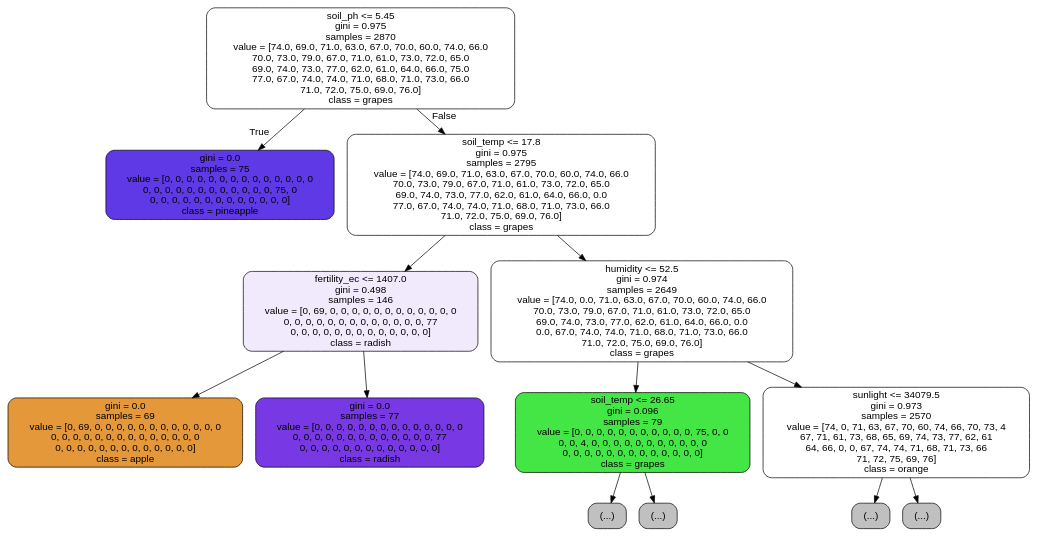
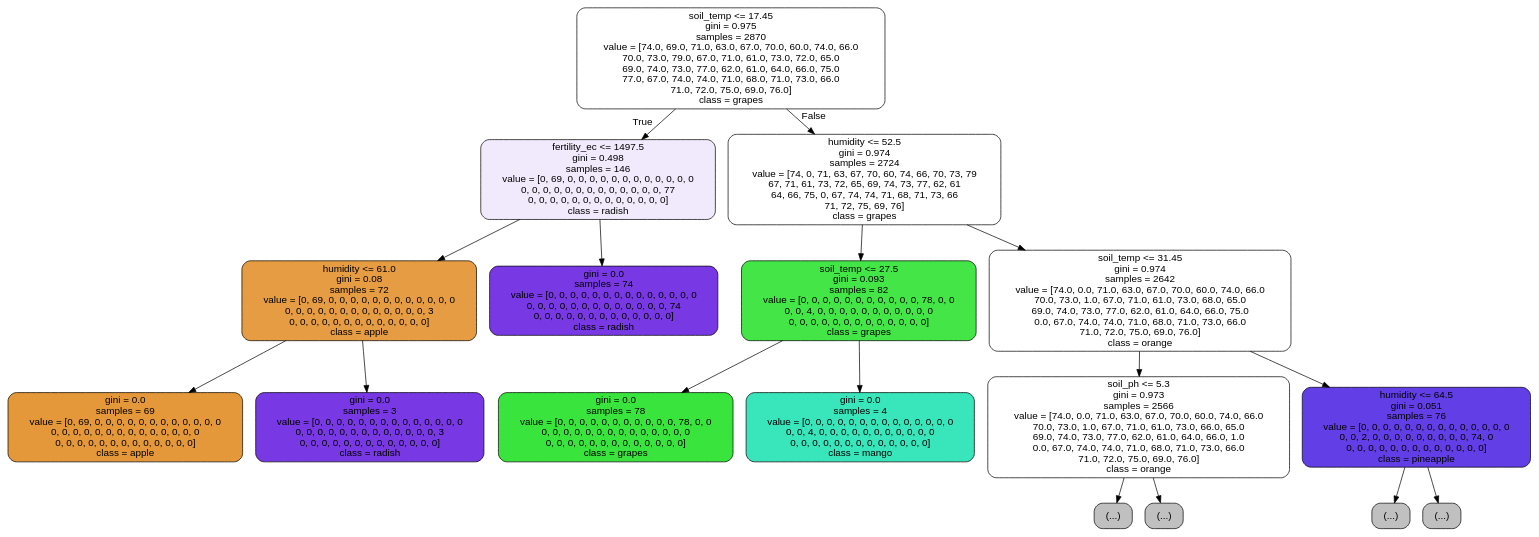
One commit to CyrusUmali/AiCROP changed the diagram in precomputation/decision_tree.dot. Above: the diagram before and after it, drawn with Graphviz. The commit also changed 4 other files, not shown here.

```diff
--- a/precomputation/decision_tree.dot
+++ b/precomputation/decision_tree.dot
@@ -1,29 +1,37 @@
 digraph Tree {
 node [shape=box, style="filled, rounded", color="black", fontname="helvetica"] ;
 edge [fontname="helvetica"] ;
-0 [label="soil_ph <= 5.45\ngini = 0.975\nsamples = 2870\nvalue = [74.0, 69.0, 71.0, 63.0, 67.0, 70.0, 60.0, 74.0, 66.0\n70.0, 73.0, 79.0, 67.0, 71.0, 61.0, 73.0, 72.0, 65.0\n69.0, 74.0, 73.0, 77.0, 62.0, 61.0, 64.0, 66.0, 75.0\n77.0, 67.0, 74.0, 74.0, 71.0, 68.0, 71.0, 73.0, 66.0\n71.0, 72.0, 75.0, 69.0, 76.0]\nclass = grapes", fillcolor="#ffffff"] ;
-1 [label="gini = 0.0\nsamples = 75\nvalue = [0, 0, 0, 0, 0, 0, 0, 0, 0, 0, 0, 0, 0, 0\n0, 0, 0, 0, 0, 0, 0, 0, 0, 0, 0, 0, 75, 0\n0, 0, 0, 0, 0, 0, 0, 0, 0, 0, 0, 0, 0]\nclass = pineapple", fillcolor="#5e39e5"] ;
+0 [label="soil_temp <= 17.45\ngini = 0.975\nsamples = 2870\nvalue = [74.0, 69.0, 71.0, 63.0, 67.0, 70.0, 60.0, 74.0, 66.0\n70.0, 73.0, 79.0, 67.0, 71.0, 61.0, 73.0, 72.0, 65.0\n69.0, 74.0, 73.0, 77.0, 62.0, 61.0, 64.0, 66.0, 75.0\n77.0, 67.0, 74.0, 74.0, 71.0, 68.0, 71.0, 73.0, 66.0\n71.0, 72.0, 75.0, 69.0, 76.0]\nclass = grapes", fillcolor="#ffffff"] ;
+1 [label="fertility_ec <= 1497.5\ngini = 0.498\nsamples = 146\nvalue = [0, 69, 0, 0, 0, 0, 0, 0, 0, 0, 0, 0, 0, 0\n0, 0, 0, 0, 0, 0, 0, 0, 0, 0, 0, 0, 0, 77\n0, 0, 0, 0, 0, 0, 0, 0, 0, 0, 0, 0, 0]\nclass = radish", fillcolor="#f1eafc"] ;
 0 -> 1 [labeldistance=2.5, labelangle=45, headlabel="True"] ;
-2 [label="soil_temp <= 17.8\ngini = 0.975\nsamples = 2795\nvalue = [74.0, 69.0, 71.0, 63.0, 67.0, 70.0, 60.0, 74.0, 66.0\n70.0, 73.0, 79.0, 67.0, 71.0, 61.0, 73.0, 72.0, 65.0\n69.0, 74.0, 73.0, 77.0, 62.0, 61.0, 64.0, 66.0, 0.0\n77.0, 67.0, 74.0, 74.0, 71.0, 68.0, 71.0, 73.0, 66.0\n71.0, 72.0, 75.0, 69.0, 76.0]\nclass = grapes", fillcolor="#ffffff"] ;
-0 -> 2 [labeldistance=2.5, labelangle=-45, headlabel="False"] ;
-3 [label="fertility_ec <= 1407.0\ngini = 0.498\nsamples = 146\nvalue = [0, 69, 0, 0, 0, 0, 0, 0, 0, 0, 0, 0, 0, 0\n0, 0, 0, 0, 0, 0, 0, 0, 0, 0, 0, 0, 0, 77\n0, 0, 0, 0, 0, 0, 0, 0, 0, 0, 0, 0, 0]\nclass = radish", fillcolor="#f1eafc"] ;
+2 [label="humidity <= 61.0\ngini = 0.08\nsamples = 72\nvalue = [0, 69, 0, 0, 0, 0, 0, 0, 0, 0, 0, 0, 0, 0\n0, 0, 0, 0, 0, 0, 0, 0, 0, 0, 0, 0, 0, 3\n0, 0, 0, 0, 0, 0, 0, 0, 0, 0, 0, 0, 0]\nclass = apple", fillcolor="#e69c42"] ;
+1 -> 2 ;
+3 [label="gini = 0.0\nsamples = 69\nvalue = [0, 69, 0, 0, 0, 0, 0, 0, 0, 0, 0, 0, 0, 0\n0, 0, 0, 0, 0, 0, 0, 0, 0, 0, 0, 0, 0, 0\n0, 0, 0, 0, 0, 0, 0, 0, 0, 0, 0, 0, 0]\nclass = apple", fillcolor="#e59839"] ;
 2 -> 3 ;
-4 [label="gini = 0.0\nsamples = 69\nvalue = [0, 69, 0, 0, 0, 0, 0, 0, 0, 0, 0, 0, 0, 0\n0, 0, 0, 0, 0, 0, 0, 0, 0, 0, 0, 0, 0, 0\n0, 0, 0, 0, 0, 0, 0, 0, 0, 0, 0, 0, 0]\nclass = apple", fillcolor="#e59839"] ;
-3 -> 4 ;
-5 [label="gini = 0.0\nsamples = 77\nvalue = [0, 0, 0, 0, 0, 0, 0, 0, 0, 0, 0, 0, 0, 0\n0, 0, 0, 0, 0, 0, 0, 0, 0, 0, 0, 0, 0, 77\n0, 0, 0, 0, 0, 0, 0, 0, 0, 0, 0, 0, 0]\nclass = radish", fillcolor="#7839e5"] ;
-3 -> 5 ;
-6 [label="humidity <= 52.5\ngini = 0.974\nsamples = 2649\nvalue = [74.0, 0.0, 71.0, 63.0, 67.0, 70.0, 60.0, 74.0, 66.0\n70.0, 73.0, 79.0, 67.0, 71.0, 61.0, 73.0, 72.0, 65.0\n69.0, 74.0, 73.0, 77.0, 62.0, 61.0, 64.0, 66.0, 0.0\n0.0, 67.0, 74.0, 74.0, 71.0, 68.0, 71.0, 73.0, 66.0\n71.0, 72.0, 75.0, 69.0, 76.0]\nclass = grapes", fillcolor="#ffffff"] ;
-2 -> 6 ;
-7 [label="soil_temp <= 26.65\ngini = 0.096\nsamples = 79\nvalue = [0, 0, 0, 0, 0, 0, 0, 0, 0, 0, 0, 75, 0, 0\n0, 0, 4, 0, 0, 0, 0, 0, 0, 0, 0, 0, 0, 0\n0, 0, 0, 0, 0, 0, 0, 0, 0, 0, 0, 0, 0]\nclass = grapes", fillcolor="#44e646"] ;
+4 [label="gini = 0.0\nsamples = 3\nvalue = [0, 0, 0, 0, 0, 0, 0, 0, 0, 0, 0, 0, 0, 0\n0, 0, 0, 0, 0, 0, 0, 0, 0, 0, 0, 0, 0, 3\n0, 0, 0, 0, 0, 0, 0, 0, 0, 0, 0, 0, 0]\nclass = radish", fillcolor="#7839e5"] ;
+2 -> 4 ;
+5 [label="gini = 0.0\nsamples = 74\nvalue = [0, 0, 0, 0, 0, 0, 0, 0, 0, 0, 0, 0, 0, 0\n0, 0, 0, 0, 0, 0, 0, 0, 0, 0, 0, 0, 0, 74\n0, 0, 0, 0, 0, 0, 0, 0, 0, 0, 0, 0, 0]\nclass = radish", fillcolor="#7839e5"] ;
+1 -> 5 ;
+6 [label="humidity <= 52.5\ngini = 0.974\nsamples = 2724\nvalue = [74, 0, 71, 63, 67, 70, 60, 74, 66, 70, 73, 79\n67, 71, 61, 73, 72, 65, 69, 74, 73, 77, 62, 61\n64, 66, 75, 0, 67, 74, 74, 71, 68, 71, 73, 66\n71, 72, 75, 69, 76]\nclass = grapes", fillcolor="#ffffff"] ;
+0 -> 6 [labeldistance=2.5, labelangle=-45, headlabel="False"] ;
+7 [label="soil_temp <= 27.5\ngini = 0.093\nsamples = 82\nvalue = [0, 0, 0, 0, 0, 0, 0, 0, 0, 0, 0, 78, 0, 0\n0, 0, 4, 0, 0, 0, 0, 0, 0, 0, 0, 0, 0, 0\n0, 0, 0, 0, 0, 0, 0, 0, 0, 0, 0, 0, 0]\nclass = grapes", fillcolor="#43e646"] ;
 6 -> 7 ;
-8 [label="(...)", fillcolor="#C0C0C0"] ;
+8 [label="gini = 0.0\nsamples = 78\nvalue = [0, 0, 0, 0, 0, 0, 0, 0, 0, 0, 0, 78, 0, 0\n0, 0, 0, 0, 0, 0, 0, 0, 0, 0, 0, 0, 0, 0\n0, 0, 0, 0, 0, 0, 0, 0, 0, 0, 0, 0, 0]\nclass = grapes", fillcolor="#39e53c"] ;
 7 -> 8 ;
-9 [label="(...)", fillcolor="#C0C0C0"] ;
+9 [label="gini = 0.0\nsamples = 4\nvalue = [0, 0, 0, 0, 0, 0, 0, 0, 0, 0, 0, 0, 0, 0\n0, 0, 4, 0, 0, 0, 0, 0, 0, 0, 0, 0, 0, 0\n0, 0, 0, 0, 0, 0, 0, 0, 0, 0, 0, 0, 0]\nclass = mango", fillcolor="#39e5ba"] ;
 7 -> 9 ;
-10 [label="sunlight <= 34079.5\ngini = 0.973\nsamples = 2570\nvalue = [74, 0, 71, 63, 67, 70, 60, 74, 66, 70, 73, 4\n67, 71, 61, 73, 68, 65, 69, 74, 73, 77, 62, 61\n64, 66, 0, 0, 67, 74, 74, 71, 68, 71, 73, 66\n71, 72, 75, 69, 76]\nclass = orange", fillcolor="#ffffff"] ;
+10 [label="soil_temp <= 31.45\ngini = 0.974\nsamples = 2642\nvalue = [74.0, 0.0, 71.0, 63.0, 67.0, 70.0, 60.0, 74.0, 66.0\n70.0, 73.0, 1.0, 67.0, 71.0, 61.0, 73.0, 68.0, 65.0\n69.0, 74.0, 73.0, 77.0, 62.0, 61.0, 64.0, 66.0, 75.0\n0.0, 67.0, 74.0, 74.0, 71.0, 68.0, 71.0, 73.0, 66.0\n71.0, 72.0, 75.0, 69.0, 76.0]\nclass = orange", fillcolor="#ffffff"] ;
 6 -> 10 ;
-11 [label="(...)", fillcolor="#C0C0C0"] ;
+11 [label="soil_ph <= 5.3\ngini = 0.973\nsamples = 2566\nvalue = [74.0, 0.0, 71.0, 63.0, 67.0, 70.0, 60.0, 74.0, 66.0\n70.0, 73.0, 1.0, 67.0, 71.0, 61.0, 73.0, 66.0, 65.0\n69.0, 74.0, 73.0, 77.0, 62.0, 61.0, 64.0, 66.0, 1.0\n0.0, 67.0, 74.0, 74.0, 71.0, 68.0, 71.0, 73.0, 66.0\n71.0, 72.0, 75.0, 69.0, 76.0]\nclass = orange", fillcolor="#ffffff"] ;
 10 -> 11 ;
-56 [label="(...)", fillcolor="#C0C0C0"] ;
-10 -> 56 ;
+12 [label="(...)", fillcolor="#C0C0C0"] ;
+11 -> 12 ;
+17 [label="(...)", fillcolor="#C0C0C0"] ;
+11 -> 17 ;
+470 [label="humidity <= 64.5\ngini = 0.051\nsamples = 76\nvalue = [0, 0, 0, 0, 0, 0, 0, 0, 0, 0, 0, 0, 0, 0\n0, 0, 2, 0, 0, 0, 0, 0, 0, 0, 0, 0, 74, 0\n0, 0, 0, 0, 0, 0, 0, 0, 0, 0, 0, 0, 0]\nclass = pineapple", fillcolor="#623ee6"] ;
+10 -> 470 ;
+471 [label="(...)", fillcolor="#C0C0C0"] ;
+470 -> 471 ;
+472 [label="(...)", fillcolor="#C0C0C0"] ;
+470 -> 472 ;
 }
```
